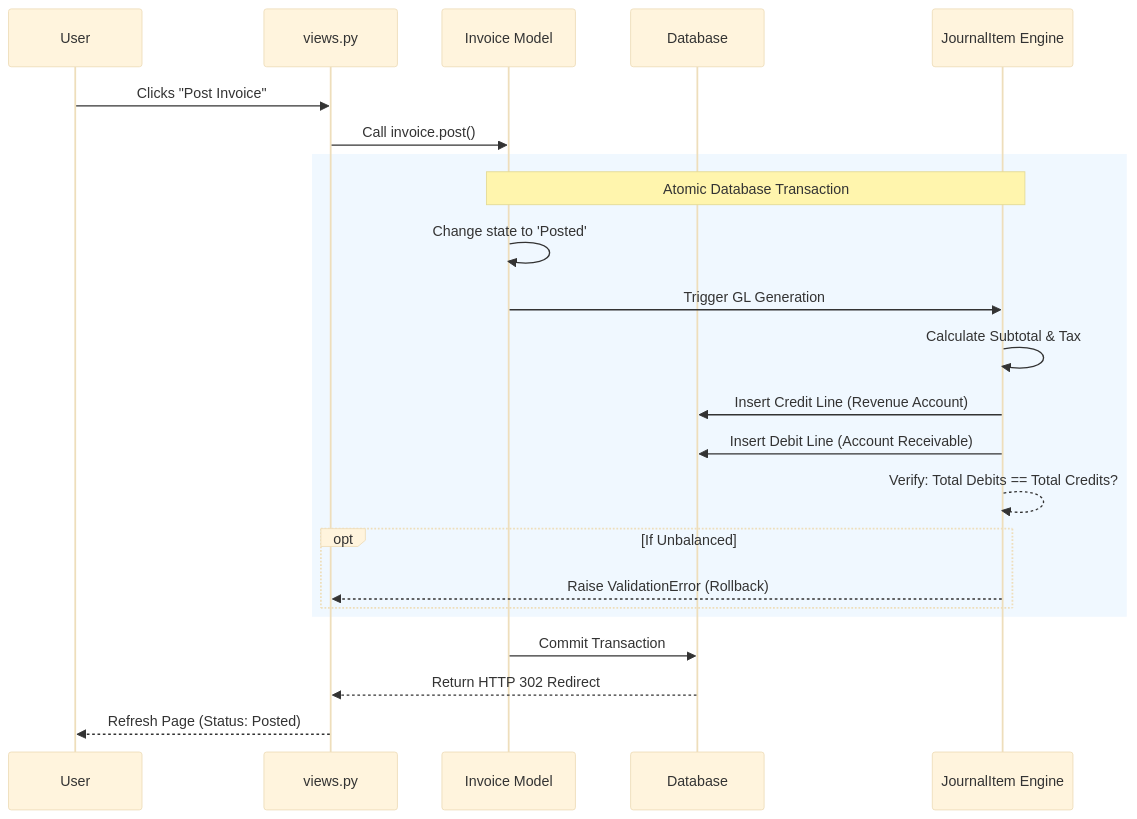
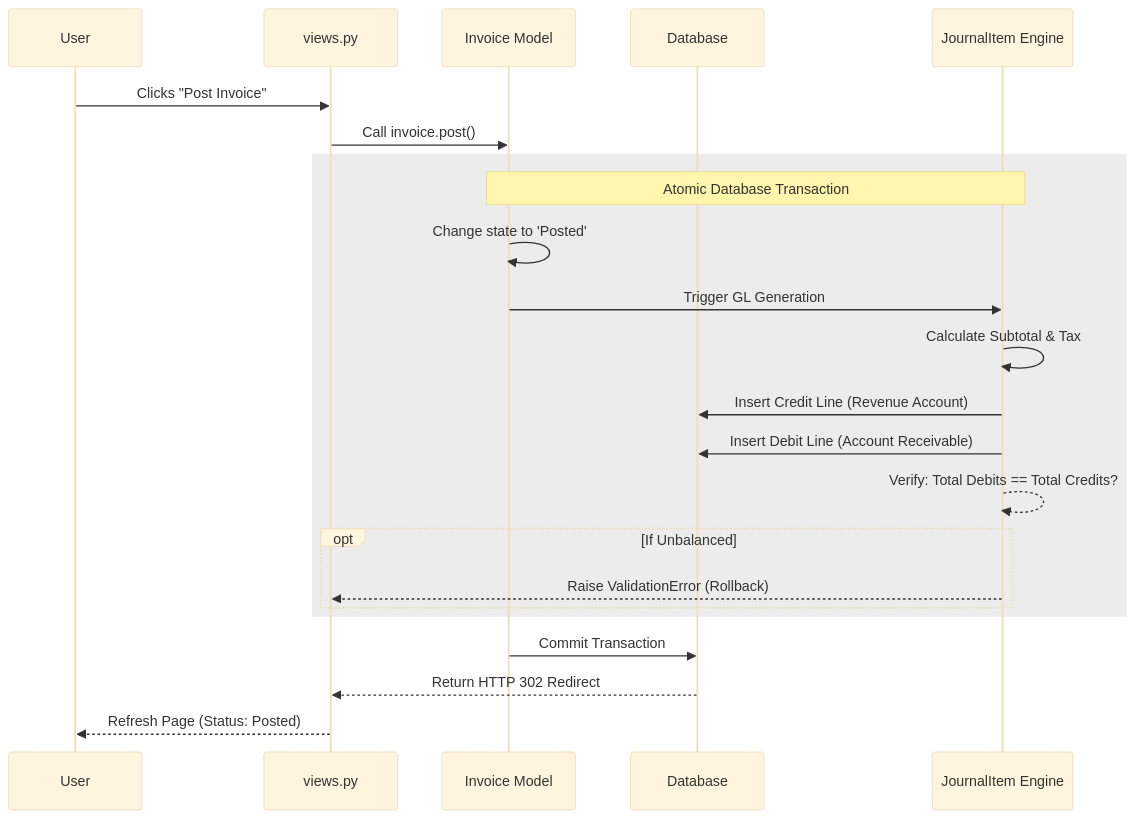
The second of 2 diagrams in docs/O2C_ARCHITECTURE.md (amirhosseinse7/NexusERP), drawn with Mermaid (base theme) before and after one commit. The commit also changed other lines of this file, not shown here.

Commit message:
Fix Mermaid dark mode compatibility

````diff
--- a/docs/O2C_ARCHITECTURE.md
+++ b/docs/O2C_ARCHITECTURE.md
@@ -62,29 +59,29 @@
 ```mermaid
 sequenceDiagram
     participant User
     participant View as views.py
     participant Model as Invoice Model
     participant DB as Database
     participant GL as JournalItem Engine
 
     User->>View: Clicks "Post Invoice"
     View->>Model: Call invoice.post()
     
-    rect rgb(240, 248, 255)
+    rect rgba(128, 128, 128, 0.15)
         Note over Model, GL: Atomic Database Transaction
         Model->>Model: Change state to 'Posted'
         Model->>GL: Trigger GL Generation
         GL->>GL: Calculate Subtotal & Tax
         GL->>DB: Insert Credit Line (Revenue Account)
         GL->>DB: Insert Debit Line (Account Receivable)
         
         GL-->>GL: Verify: Total Debits == Total Credits?
         opt If Unbalanced
             GL-->>View: Raise ValidationError (Rollback)
         end
     end
     
     Model->>DB: Commit Transaction
     DB-->>View: Return HTTP 302 Redirect
     View-->>User: Refresh Page (Status: Posted)
 ```
````
